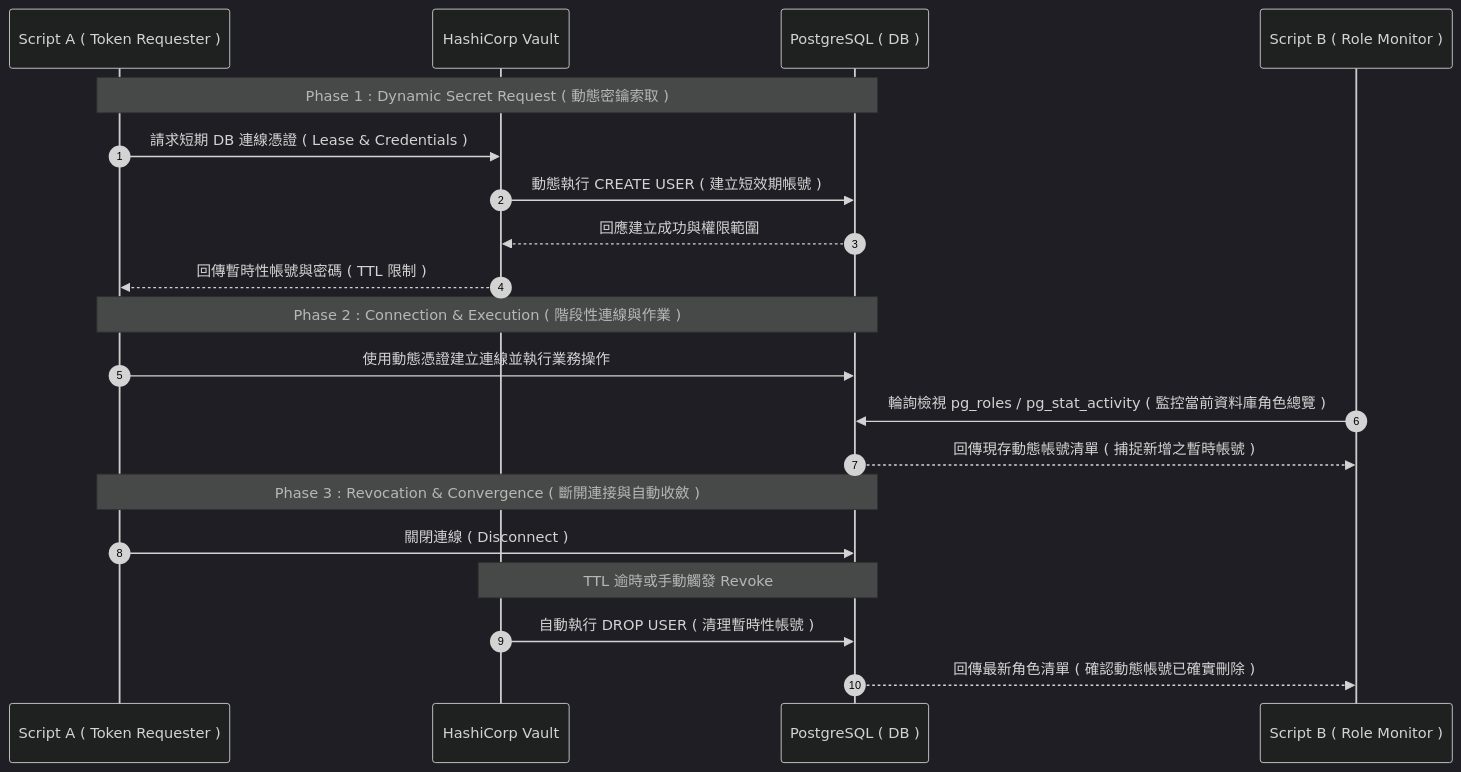
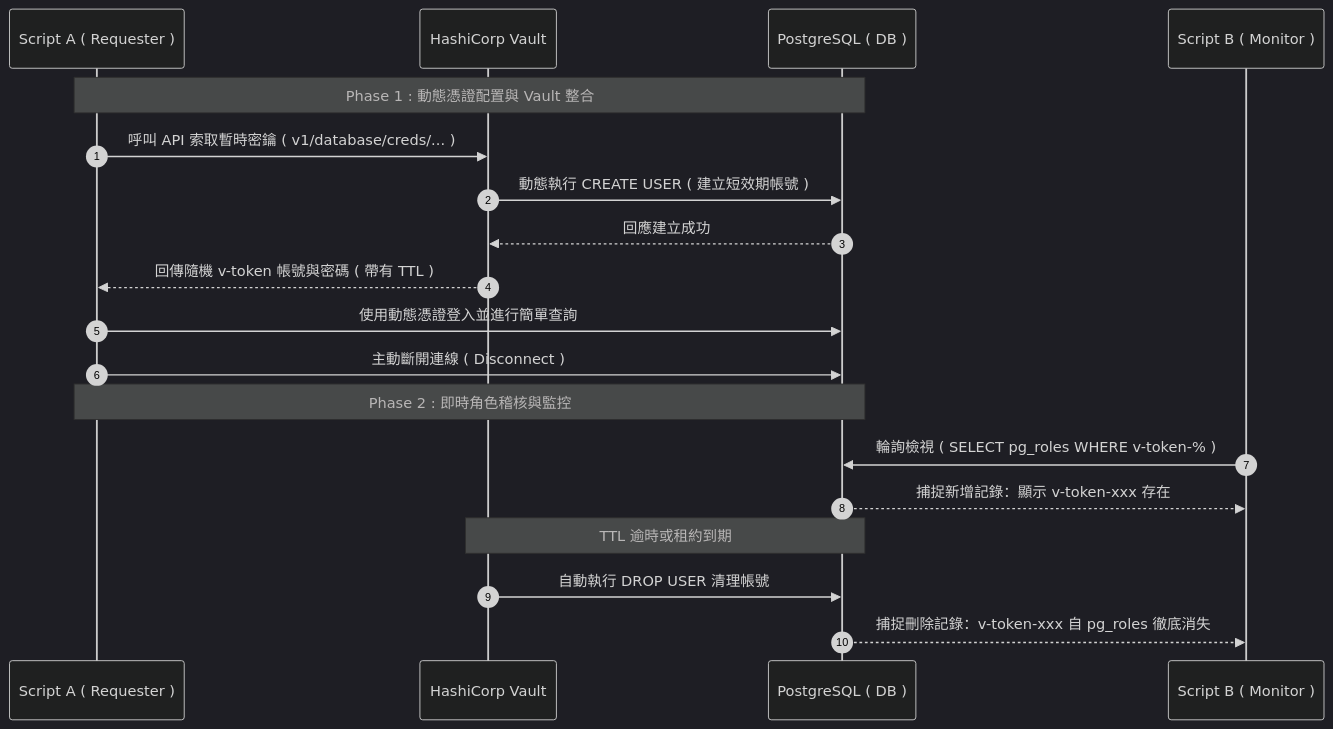
One commit to Junwu0615/Platform-Genesis changed the diagram in docs/Vault.md. Above: the diagram before and after it, drawn with Mermaid (dark theme). The commit also changed other lines of this file and 1 other file, not shown here.

Commit message:
update somethings

````diff
--- a/docs/Vault.md
+++ b/docs/Vault.md
@@ -32,25 +32,23 @@
 ```mermaid
 sequenceDiagram
     autonumber
-    participant S1 as Script A ( Token Requester )
+    participant S1 as Script A ( Requester )
     participant V as HashiCorp Vault
     participant DB as PostgreSQL ( DB )
-    participant S2 as Script B ( Role Monitor )
+    participant S2 as Script B ( Monitor )
 
-    Note over S1, DB: Phase 1 : Dynamic Secret Request ( 動態密鑰索取 )
-    S1->>V: 請求短期 DB 連線憑證 ( Lease & Credentials )
+    Note over S1, DB: Phase 1 : 動態憑證配置與 Vault 整合
+    S1->>V: 呼叫 API 索取暫時密鑰 ( v1/database/creds/... )
     V->>DB: 動態執行 CREATE USER ( 建立短效期帳號 )
-    DB-->>V: 回應建立成功與權限範圍
-    V-->>S1: 回傳暫時性帳號與密碼 ( TTL 限制 )
+    DB-->>V: 回應建立成功
+    V-->>S1: 回傳隨機 v-token 帳號與密碼 ( 帶有 TTL )
+    S1->>DB: 使用動態憑證登入並進行簡單查詢
+    S1->>DB: 主動斷開連線 ( Disconnect )
 
-    Note over S1, DB: Phase 2 : Connection & Execution ( 階段性連線與作業 )
-    S1->>DB: 使用動態憑證建立連線並執行業務操作
-    S2->>DB: 輪詢檢視 pg_roles / pg_stat_activity ( 監控當前資料庫角色總覽 )
-    DB-->>S2: 回傳現存動態帳號清單 ( 捕捉新增之暫時帳號 )
-
-    Note over S1, DB: Phase 3 : Revocation & Convergence ( 斷開連接與自動收斂 )
-    S1->>DB: 關閉連線 ( Disconnect )
-    Note over V, DB: TTL 逾時或手動觸發 Revoke
-    V->>DB: 自動執行 DROP USER ( 清理暫時性帳號 )
-    DB-->>S2: 回傳最新角色清單 ( 確認動態帳號已確實刪除 )
+    Note over S1, DB: Phase 2 : 即時角色稽核與監控
+    S2->>DB: 輪詢檢視 ( SELECT pg_roles WHERE v-token-% )
+    DB-->>S2: 捕捉新增記錄：顯示 v-token-xxx 存在
+    Note over V, DB: TTL 逾時或租約到期
+    V->>DB: 自動執行 DROP USER 清理帳號
+    DB-->>S2: 捕捉刪除記錄：v-token-xxx 自 pg_roles 徹底消失
 ```
````
